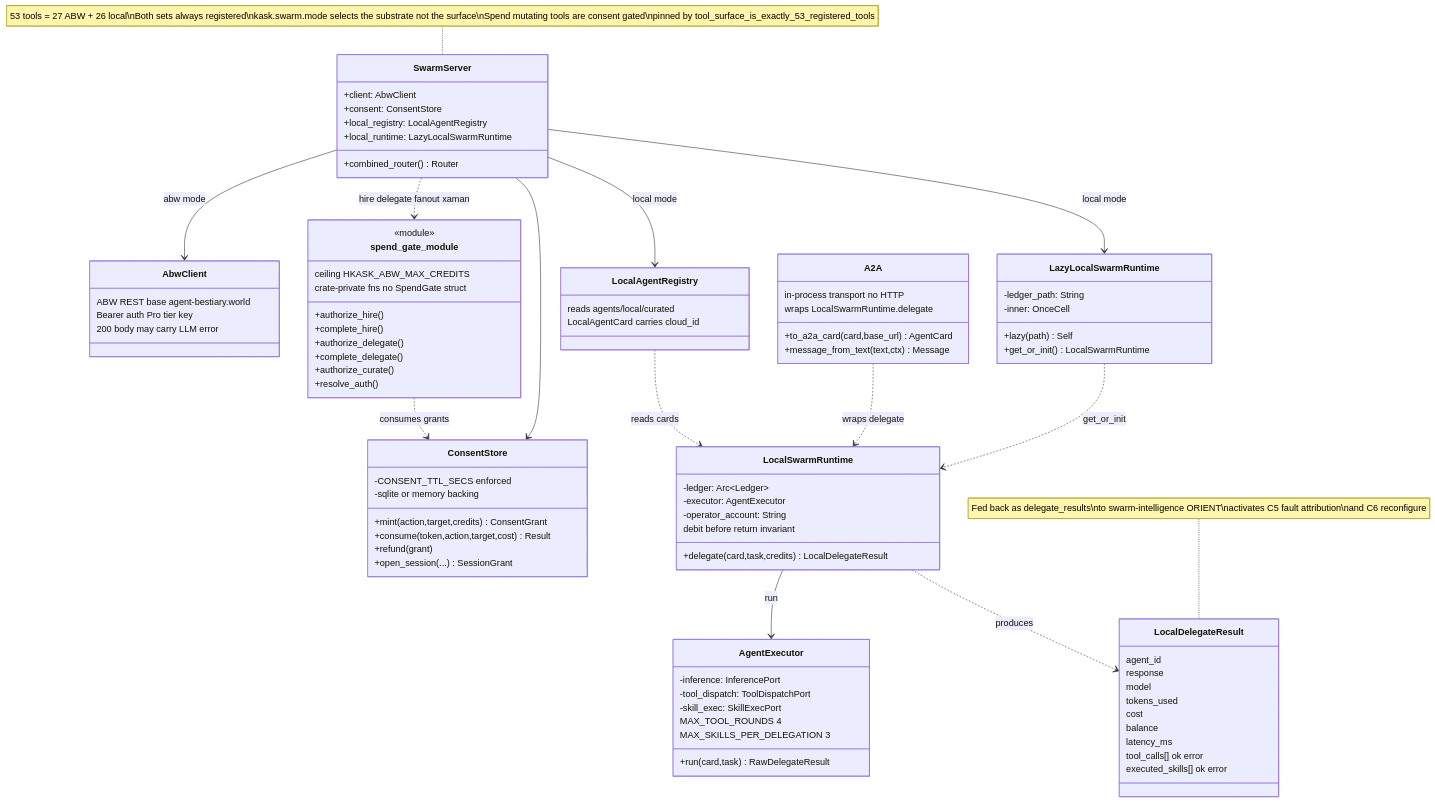
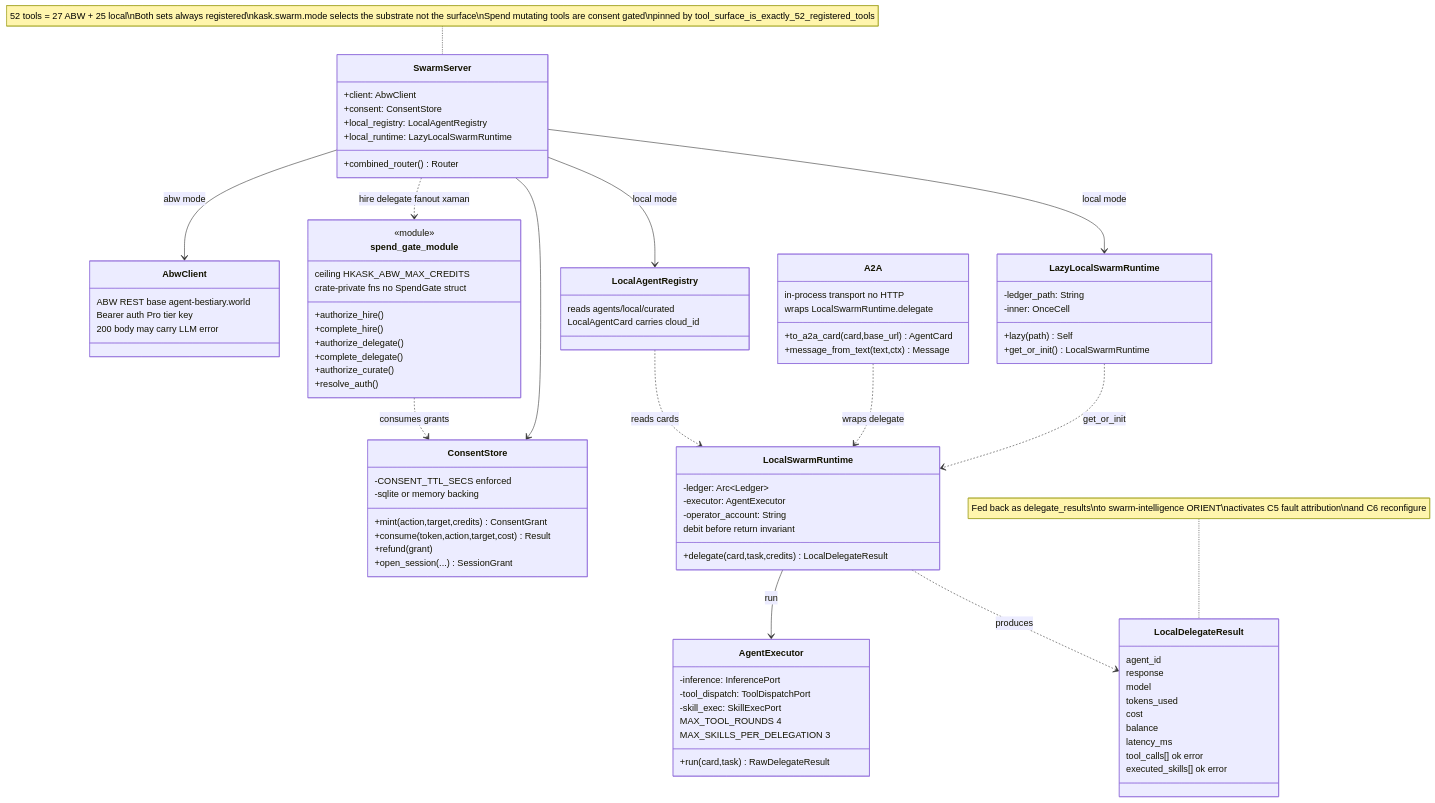
One commit to mdz-axo/zed-kask changed the diagram in kask/docs/diagrams/class-swarm-server.md. Above: the diagram before and after it, drawn with Mermaid. The commit also changed other lines of this file and 21 other files, not shown here.

````diff
--- a/kask/docs/diagrams/class-swarm-server.md
+++ b/kask/docs/diagrams/class-swarm-server.md
@@ -114,6 +114,6 @@
     A2A ..> LocalSwarmRuntime : wraps delegate
     LocalAgentRegistry ..> LocalSwarmRuntime : reads cards
 
-    note for SwarmServer "53 tools = 27 ABW + 26 local\nBoth sets always registered\nkask.swarm.mode selects the substrate not the surface\nSpend mutating tools are consent gated\npinned by tool_surface_is_exactly_53_registered_tools"
+    note for SwarmServer "52 tools = 27 ABW + 25 local\nBoth sets always registered\nkask.swarm.mode selects the substrate not the surface\nSpend mutating tools are consent gated\npinned by tool_surface_is_exactly_52_registered_tools"
     note for LocalDelegateResult "Fed back as delegate_results\nto swarm-intelligence ORIENT\nactivates C5 fault attribution\nand C6 reconfigure"
 ```
````
